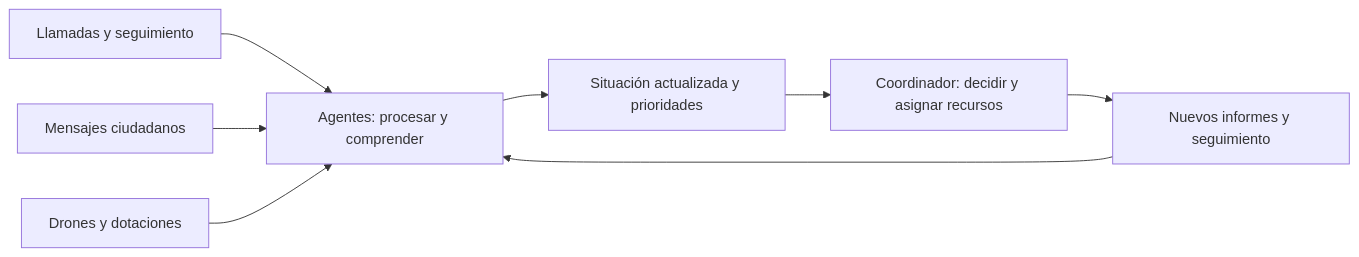
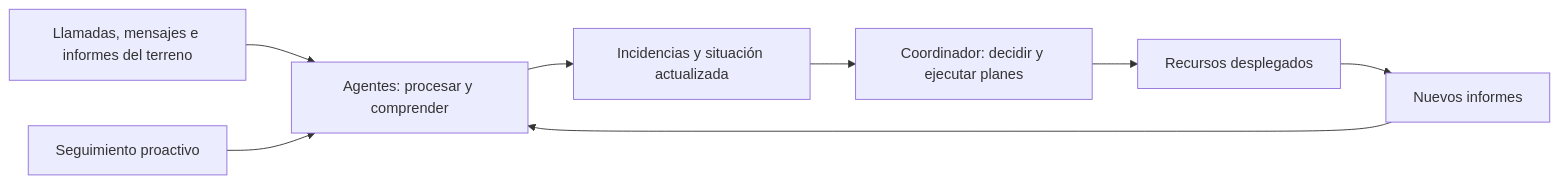
Before and after one commit to sucara-hackspain/main: the diagram in README.md, drawn with Mermaid. The commit also changed other lines of this file, not shown here.

````diff
--- a/README.md
+++ b/README.md
@@ -34,10 +25,10 @@
 ```mermaid
 flowchart LR
-    A["Llamadas y seguimiento"] --> D["Agentes: procesar y comprender"]
-    B["Mensajes ciudadanos"] --> D
-    C["Drones y dotaciones"] --> D
-    D --> E["Situación actualizada y prioridades"]
-    E --> F["Coordinador: decidir y asignar recursos"]
-    F --> G["Nuevos informes y seguimiento"]
-    G --> D
+    A["Llamadas, mensajes e informes del terreno"] --> B["Agentes: procesar y comprender"]
+    B --> C["Incidencias y situación actualizada"]
+    C --> D["Coordinador: decidir y ejecutar planes"]
+    D --> E["Recursos desplegados"]
+    E --> F["Nuevos informes"]
+    F --> B
+    G["Seguimiento proactivo"] --> B
 ```
````
